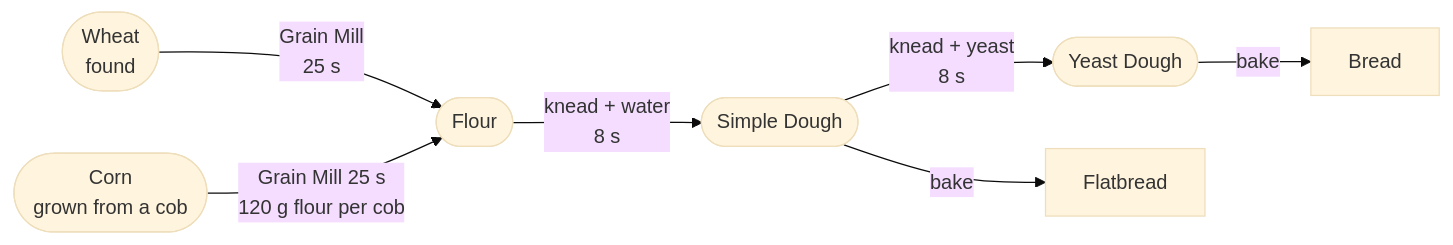
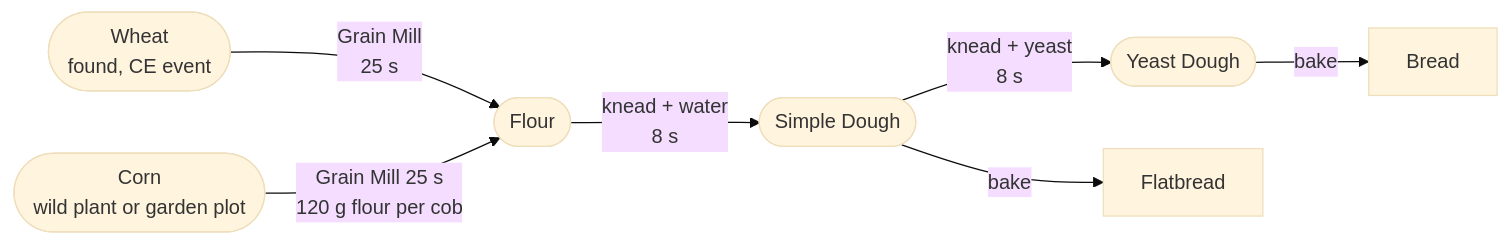
One commit to Psyern/Psyerns_ChefZ changed the first of 13 diagrams in ChefZ_Wiki/Production-Chains.md. Above: the diagram before and after it, drawn with Mermaid (base theme). The commit also changed other lines of this file and 5 other files, not shown here.

````diff
--- a/ChefZ_Wiki/Production-Chains.md
+++ b/ChefZ_Wiki/Production-Chains.md
@@ -43,9 +62,9 @@
 ```mermaid
 graph LR
-  W(["Wheat<br/>found"]) -->|Grain Mill<br/>25 s| F(["Flour"])
-  CO(["Corn<br/>grown from a cob"]) -->|"Grain Mill 25 s<br/>120 g flour per cob"| F
+  W(["Wheat<br/>found, CE event"]) -->|Grain Mill<br/>25 s| F(["Flour"])
+  CO(["Corn<br/>wild plant or garden plot"]) -->|"Grain Mill 25 s<br/>120 g flour per cob"| F
   F -->|"knead + water<br/>8 s"| SD(["Simple Dough"])
   SD -->|"knead + yeast<br/>8 s"| YD(["Yeast Dough"])
   YD -->|"bake"| B["Bread"]
   SD -->|"bake"| FB["Flatbread"]
 ```
````
